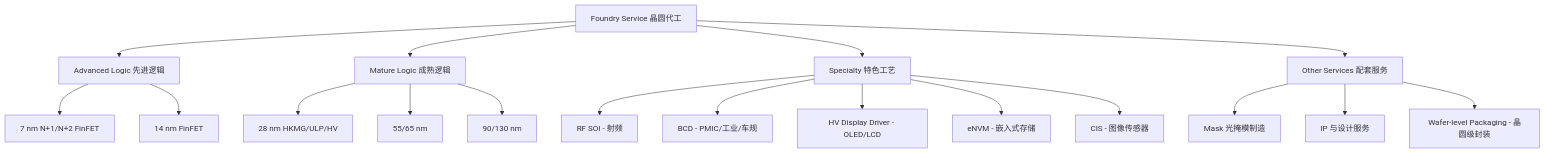
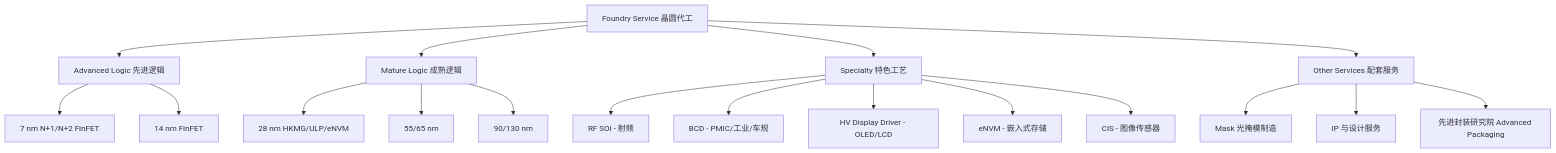
The third of 6 diagrams in reports/company/SMIC_中芯国际_SSE688981/SMIC_中芯国际_SSE688981_公司研究.md (dadachundan/financial_agent), drawn with Mermaid before and after one commit. The commit also changed other lines of this file, not shown here.

````diff
--- a/reports/company/SMIC_中芯国际_SSE688981/SMIC_中芯国际_SSE688981_公司研究.md
+++ b/reports/company/SMIC_中芯国际_SSE688981/SMIC_中芯国际_SSE688981_公司研究.md
@@ -140,20 +626,20 @@
 ```mermaid
 graph TD
     A[Foundry Service 晶圆代工] --> B[Advanced Logic 先进逻辑]
     A --> C[Mature Logic 成熟逻辑]
     A --> D[Specialty 特色工艺]
     A --> E[Other Services 配套服务]
     B --> B1[7 nm N+1/N+2 FinFET]
     B --> B2[14 nm FinFET]
-    C --> C1[28 nm HKMG/ULP/HV]
+    C --> C1[28 nm HKMG/ULP/eNVM]
     C --> C2[55/65 nm]
     C --> C3[90/130 nm]
     D --> D1[RF SOI - 射频]
     D --> D2[BCD - PMIC/工业/车规]
     D --> D3[HV Display Driver - OLED/LCD]
     D --> D4[eNVM - 嵌入式存储]
     D --> D5[CIS - 图像传感器]
     E --> E1[Mask 光掩模制造]
     E --> E2[IP 与设计服务]
-    E --> E3[Wafer-level Packaging - 晶圆级封装]
+    E --> E3[先进封装研究院 Advanced Packaging]
 ```
````
